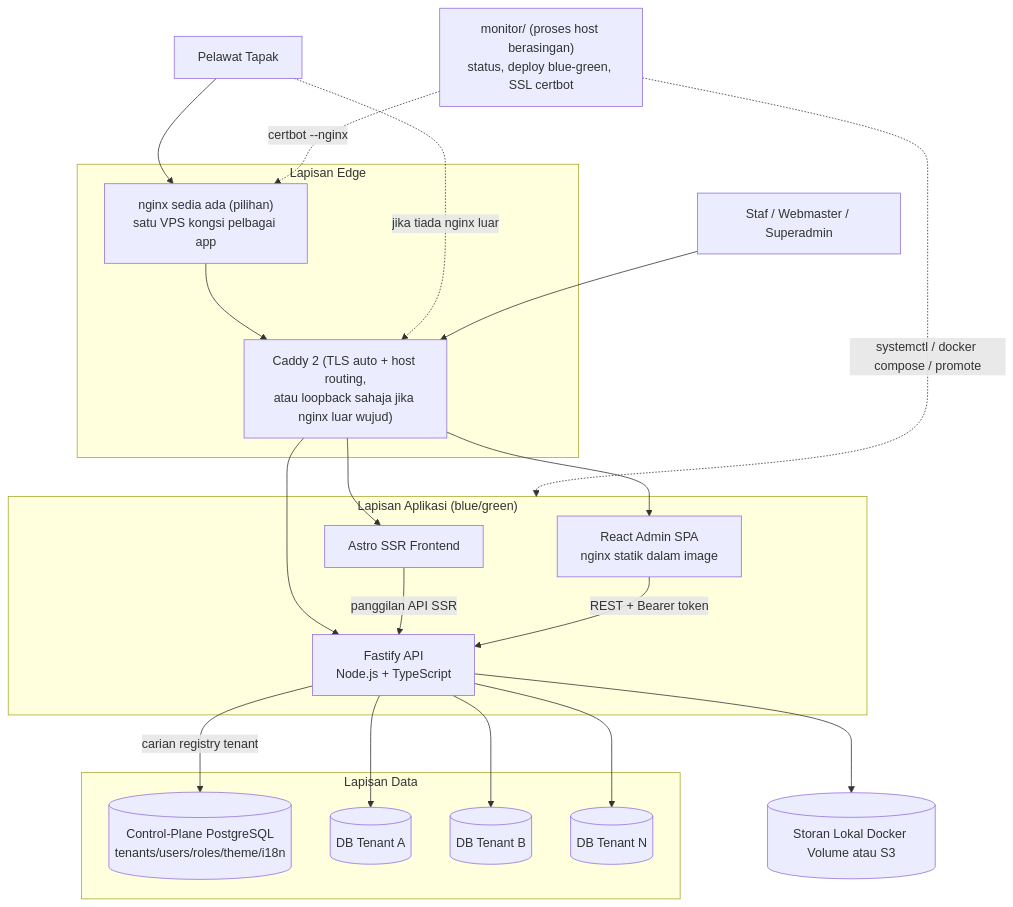
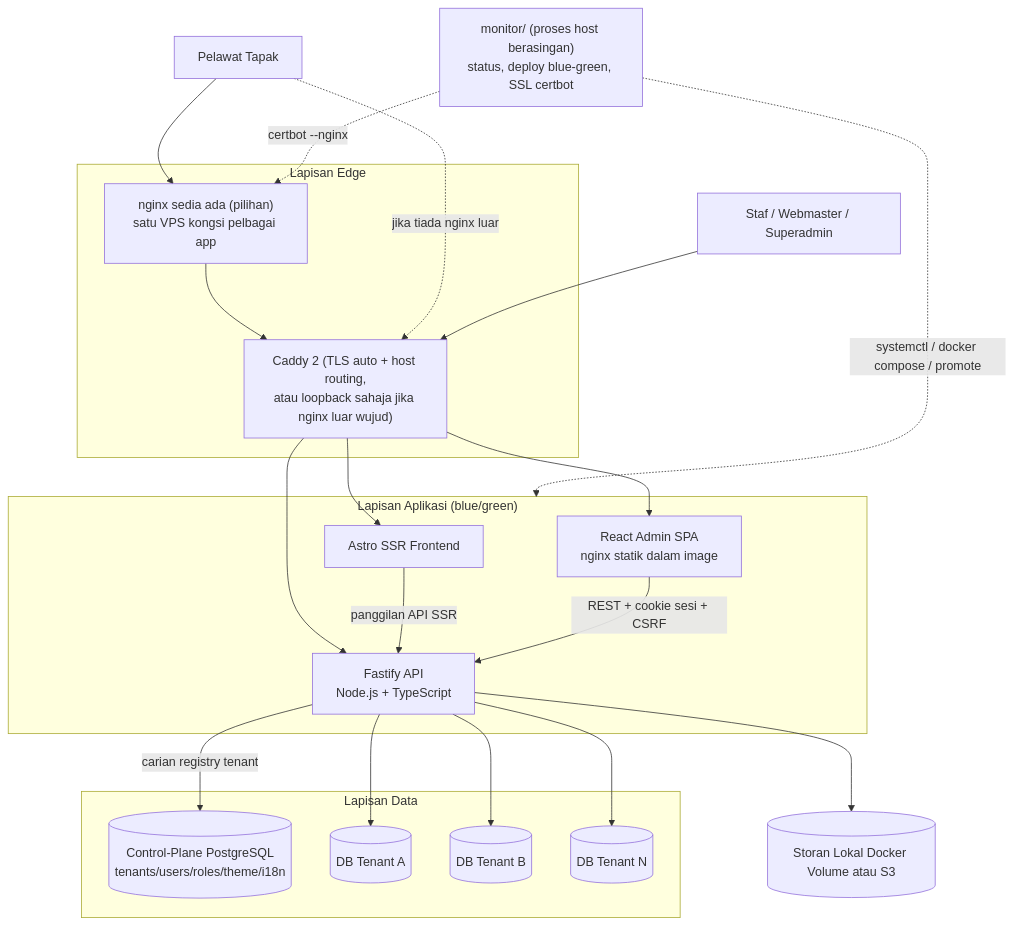
The diagram in docs/ARSITEKTUR.md (ictdothouse/usim_cms), drawn with Mermaid before and after one commit. The commit also changed other lines of this file and 9 other files, not shown here.

````diff
--- a/docs/ARSITEKTUR.md
+++ b/docs/ARSITEKTUR.md
@@ -295,42 +309,42 @@
 ```mermaid
 flowchart TB
     Visitor[Pelawat Tapak]
     AdminUser[Staf / Webmaster / Superadmin]
 
     subgraph Edge[Lapisan Edge]
         Caddy["Caddy 2 (TLS auto + host routing,<br/>atau loopback sahaja jika nginx luar wujud)"]
         NginxOuter["nginx sedia ada (pilihan)<br/>satu VPS kongsi pelbagai app"]
     end
 
     subgraph Apps["Lapisan Aplikasi (blue/green)"]
         Frontend[Astro SSR Frontend]
         Admin["React Admin SPA<br/>nginx statik dalam image"]
         API["Fastify API<br/>Node.js + TypeScript"]
     end
 
     subgraph Data[Lapisan Data]
         ControlDB[("Control-Plane PostgreSQL<br/>tenants/users/roles/theme/i18n")]
         TenantA[("DB Tenant A")]
         TenantB[("DB Tenant B")]
         TenantN[("DB Tenant N")]
     end
 
     Storage[("Storan Lokal Docker Volume atau S3")]
     Monitor["monitor/ (proses host berasingan)<br/>status, deploy blue-green, SSL certbot"]
 
     Visitor --> NginxOuter --> Caddy
     Visitor -.->|jika tiada nginx luar| Caddy
     AdminUser --> Caddy
     Caddy --> Frontend
     Caddy --> Admin
     Caddy --> API
     Frontend -->|panggilan API SSR| API
-    Admin -->|REST + Bearer token| API
+    Admin -->|REST + cookie sesi + CSRF| API
     API -->|carian registry tenant| ControlDB
     API --> TenantA
     API --> TenantB
     API --> TenantN
     API --> Storage
     Monitor -.->|systemctl / docker compose / promote| Apps
     Monitor -.->|certbot --nginx| NginxOuter
 ```
````
